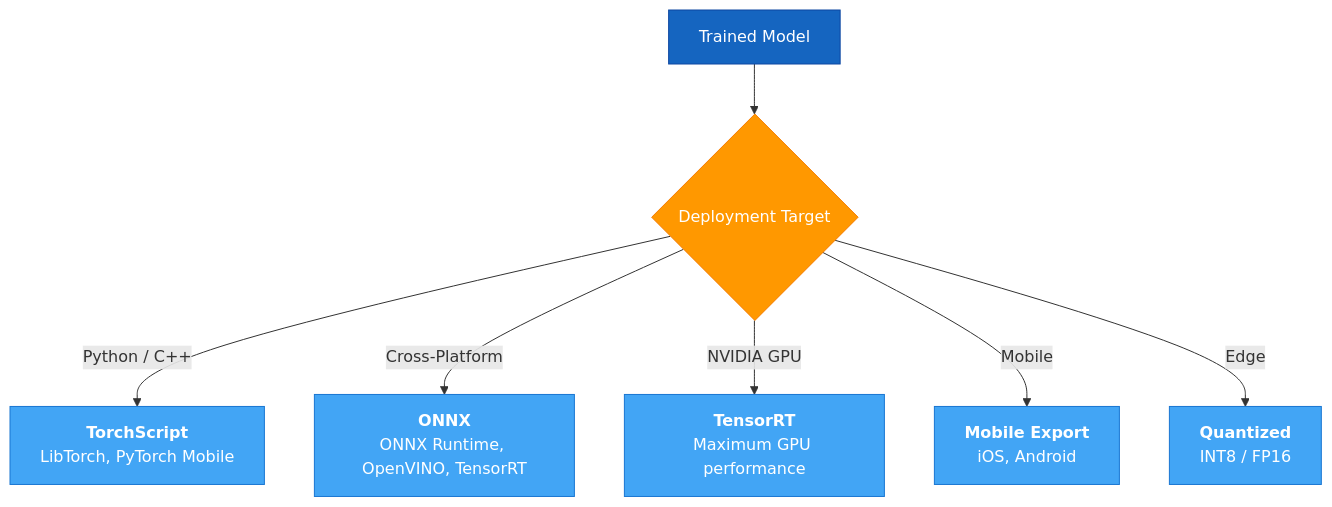
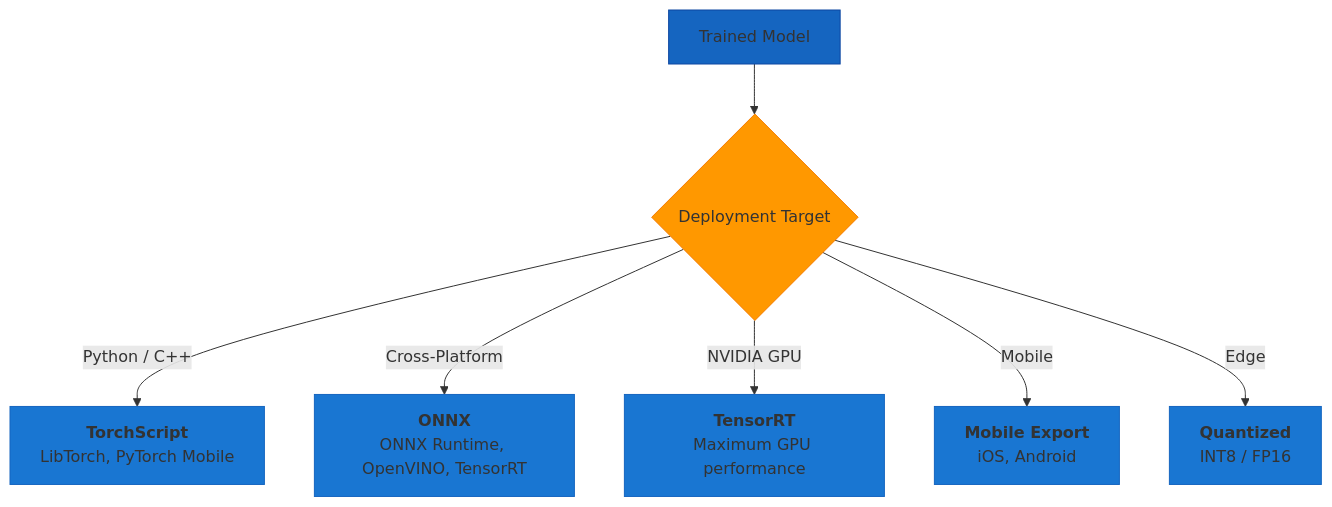
Before and after one commit to theja-vanka/AutoTimm: the diagram in docs/user-guide/deployment/deployment.md, drawn with Mermaid. The commit also changed 37 other files, not shown here.

````diff
--- a/docs/user-guide/deployment/deployment.md
+++ b/docs/user-guide/deployment/deployment.md
@@ -7,17 +7,17 @@
 ```mermaid
 graph TD
     A[Trained Model] --> B{Deployment Target}
     B -->|Python / C++| C[<b>TorchScript</b><br/>LibTorch, PyTorch Mobile]
     B -->|Cross-Platform| D[<b>ONNX</b><br/>ONNX Runtime, OpenVINO, TensorRT]
     B -->|NVIDIA GPU| E[<b>TensorRT</b><br/>Maximum GPU performance]
     B -->|Mobile| F[<b>Mobile Export</b><br/>iOS, Android]
     B -->|Edge| G[<b>Quantized</b><br/>INT8 / FP16]
 
-    style A fill:#1565C0,stroke:#0D47A1,color:#fff
-    style B fill:#FF9800,stroke:#F57C00,color:#fff
-    style C fill:#42A5F5,stroke:#1976D2,color:#fff
-    style D fill:#42A5F5,stroke:#1976D2,color:#fff
-    style E fill:#42A5F5,stroke:#1976D2,color:#fff
-    style F fill:#42A5F5,stroke:#1976D2,color:#fff
-    style G fill:#42A5F5,stroke:#1976D2,color:#fff
+    style A fill:#1565C0,stroke:#0D47A1
+    style B fill:#FF9800,stroke:#F57C00
+    style C fill:#1976D2,stroke:#1565C0
+    style D fill:#1976D2,stroke:#1565C0
+    style E fill:#1976D2,stroke:#1565C0
+    style F fill:#1976D2,stroke:#1565C0
+    style G fill:#1976D2,stroke:#1565C0
 ```
````
